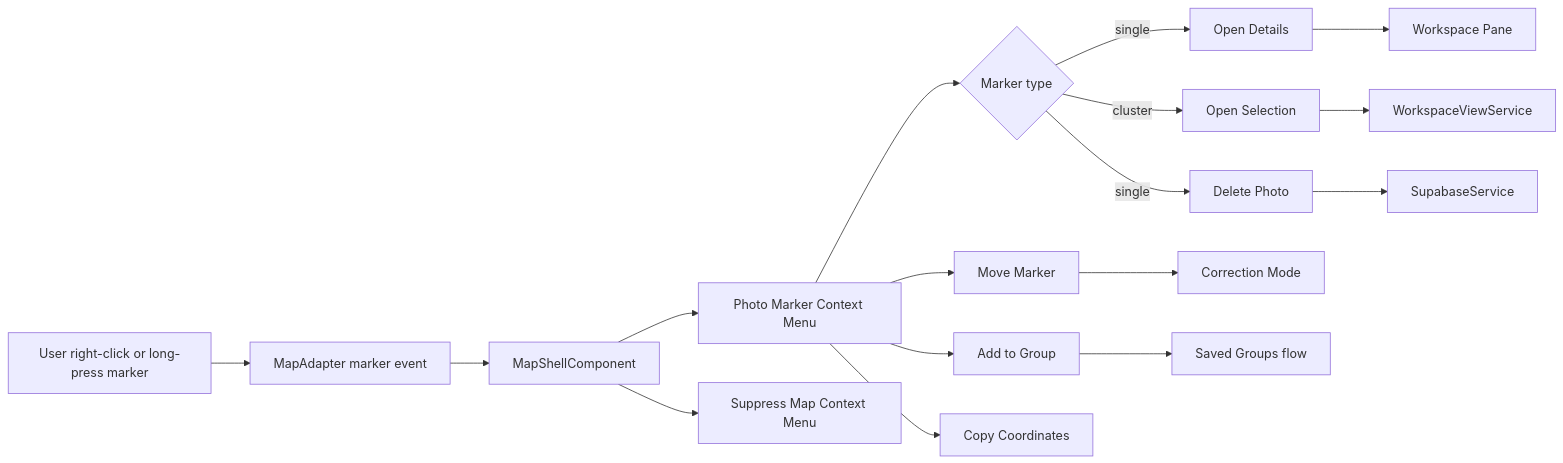
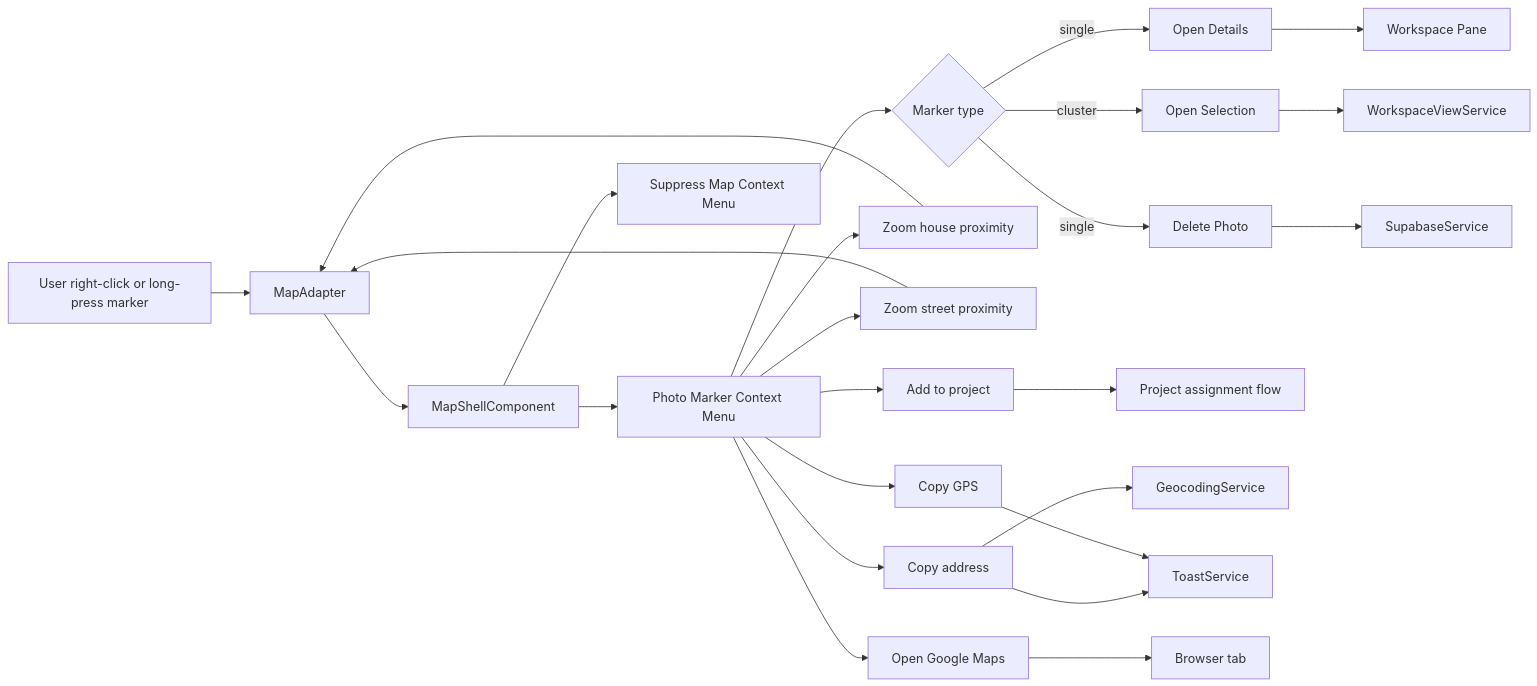
One commit to matkleve/feldpost changed the first of 2 diagrams in docs/element-specs/photo-marker-context-menu.md. Above: the diagram before and after it, drawn with Mermaid. The commit also changed other lines of this file and 27 other files, not shown here.

````diff
--- a/docs/element-specs/photo-marker-context-menu.md
+++ b/docs/element-specs/photo-marker-context-menu.md
@@ -58,19 +66,27 @@
 ```mermaid
 flowchart LR
   U[User right-click or long-press marker] --> MA[MapAdapter marker event]
   MA --> MS[MapShellComponent]
   MS --> MCM[Photo Marker Context Menu]
   MCM --> T{Marker type}
   T -->|single| OD[Open Details]
   T -->|cluster| OS[Open Selection]
   T -->|single| DP[Delete Photo]
-  MCM --> MM[Move Marker]
-  MCM --> AG[Add to Group]
-  MCM --> CC[Copy Coordinates]
+  MCM --> ZH[Zoom house proximity]
+  MCM --> ZS[Zoom street proximity]
+  MCM --> AP[Add to project]
+  MCM --> CA[Copy address]
+  MCM --> CG[Copy GPS]
+  MCM --> GM[Open Google Maps]
   OD --> WP[Workspace Pane]
   OS --> WVS[WorkspaceViewService]
-  MM --> CM[Correction Mode]
-  AG --> SG[Saved Groups flow]
+  ZH --> MA[MapAdapter]
+  ZS --> MA[MapAdapter]
+  AP --> PA[Project assignment flow]
+  CA --> GS[GeocodingService]
+  CA --> TS[ToastService]
+  CG --> TS[ToastService]
+  GM --> BR[Browser tab]
   DP --> SS[SupabaseService]
   MS --> SUP[Suppress Map Context Menu]
 ```
````
